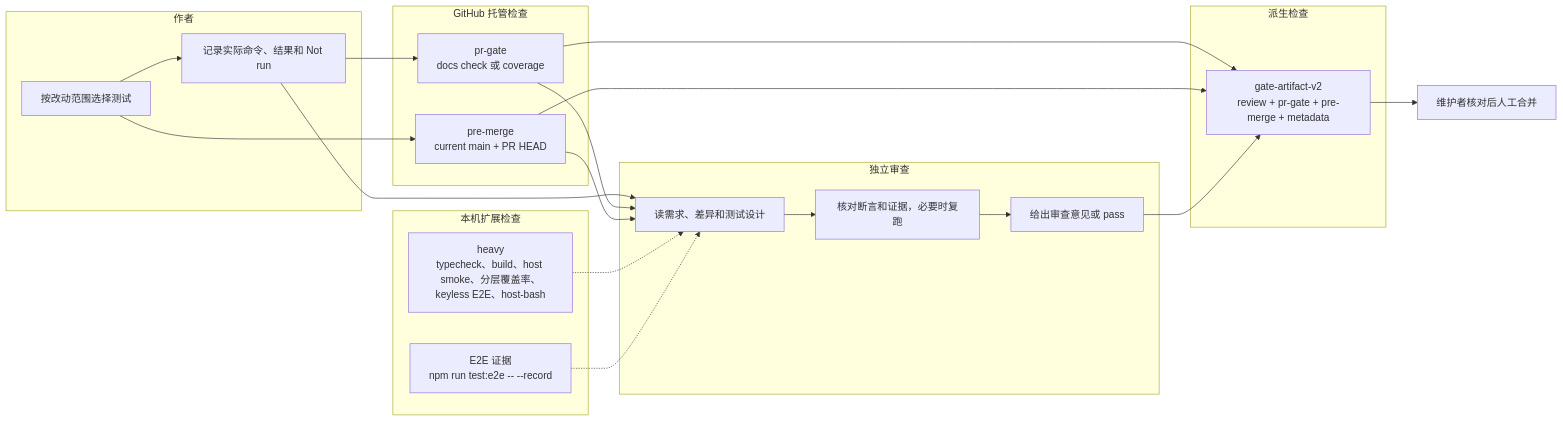
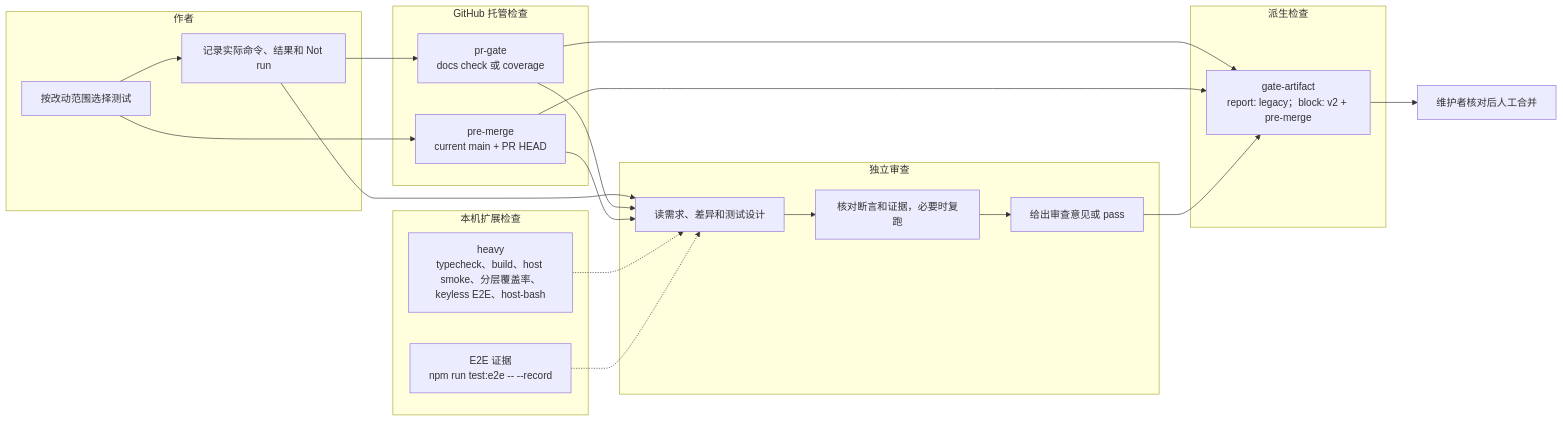
The third of 4 diagrams in docs/github-workflow.md (leigangzhang/dsh-cowork), drawn with Mermaid before and after one commit. The commit also changed other lines of this file and 12 other files, not shown here.

First line of the commit message:
refactor(policy): make gate-artifact the single required publisher

````diff
--- a/docs/github-workflow.md
+++ b/docs/github-workflow.md
@@ -142,35 +142,35 @@
 ```mermaid
 flowchart LR
   subgraph AUTH[作者]
     A["按改动范围选择测试"]
     B["记录实际命令、结果和 Not run"]
   end
   subgraph HOST[GitHub 托管检查]
     C["pr-gate<br/>docs check 或 coverage"]
     PM["pre-merge<br/>current main + PR HEAD"]
   end
   subgraph REVIEW[独立审查]
     D["读需求、差异和测试设计"]
     E["核对断言和证据，必要时复跑"]
     F["给出审查意见或 pass"]
   end
   subgraph LOCAL[本机扩展检查]
     G["heavy<br/>typecheck、build、host smoke、分层覆盖率、keyless E2E、host-bash"]
     L["E2E 证据<br/>npm run test:e2e -- --record"]
   end
   subgraph GATE[派生检查]
-    H["gate-artifact-v2<br/>review + pr-gate + pre-merge + metadata"]
+    H["gate-artifact<br/>report: legacy；block: v2 + pre-merge"]
   end
   A --> B --> C
   A --> PM
   B --> D
   C --> D
   PM --> D
   D --> E --> F
   G -.-> D
   L -.-> D
   C --> H
   PM --> H
   F --> H
   H --> I["维护者核对后人工合并"]
 ```
````
